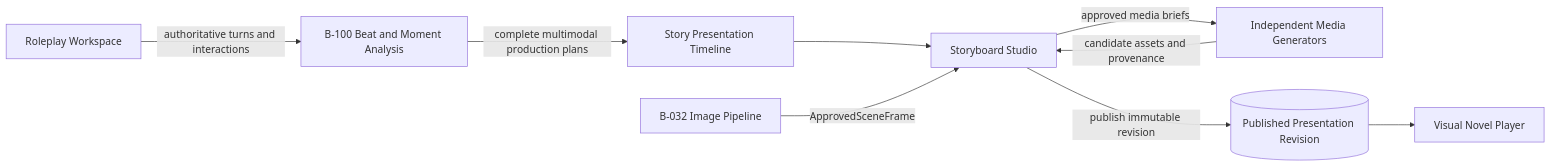
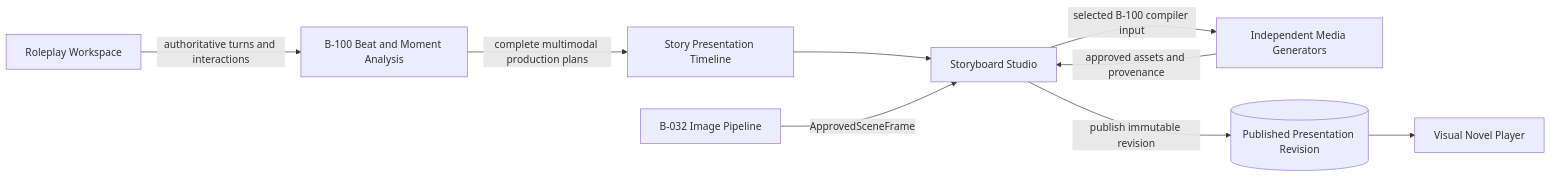
One commit to DaturaInoxia/DreamGenClone changed the diagram in specs/Planning/B-101-story-presentation-timeline/README.md. Above: the diagram before and after it, drawn with Mermaid. The commit also changed other lines of this file and 20 other files, not shown here.

````diff
--- a/specs/Planning/B-101-story-presentation-timeline/README.md
+++ b/specs/Planning/B-101-story-presentation-timeline/README.md
@@ -57,11 +58,11 @@
 ```mermaid
 flowchart LR
     RP[Roleplay Workspace] -->|authoritative turns and interactions| B100[B-100 Beat and Moment Analysis]
     B100 -->|complete multimodal production plans| TL[Story Presentation Timeline]
     TL --> SB[Storyboard Studio]
-    SB -->|approved media briefs| MG[Independent Media Generators]
-    MG -->|candidate assets and provenance| SB
+    SB -->|selected B-100 compiler input| MG[Independent Media Generators]
+    MG -->|approved assets and provenance| SB
     SB -->|publish immutable revision| PUB[(Published Presentation Revision)]
     PUB --> VN[Visual Novel Player]
     B032[B-032 Image Pipeline] -->|ApprovedSceneFrame| SB
 ```
````
